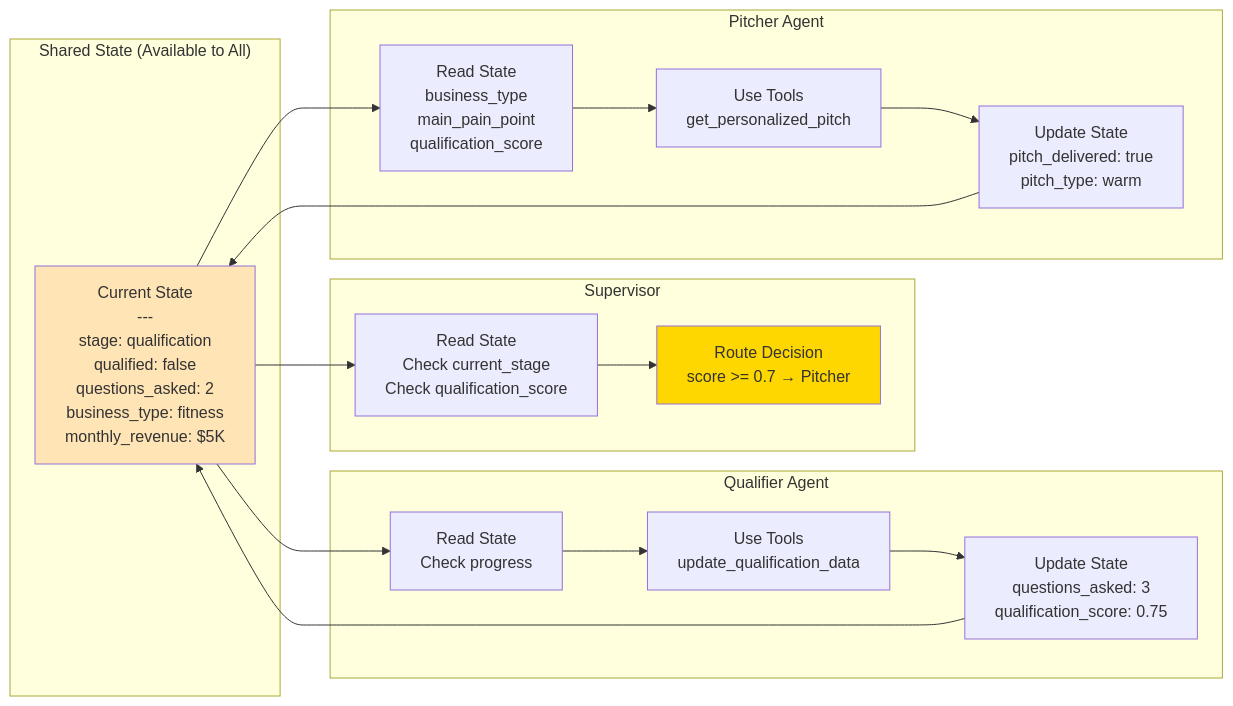
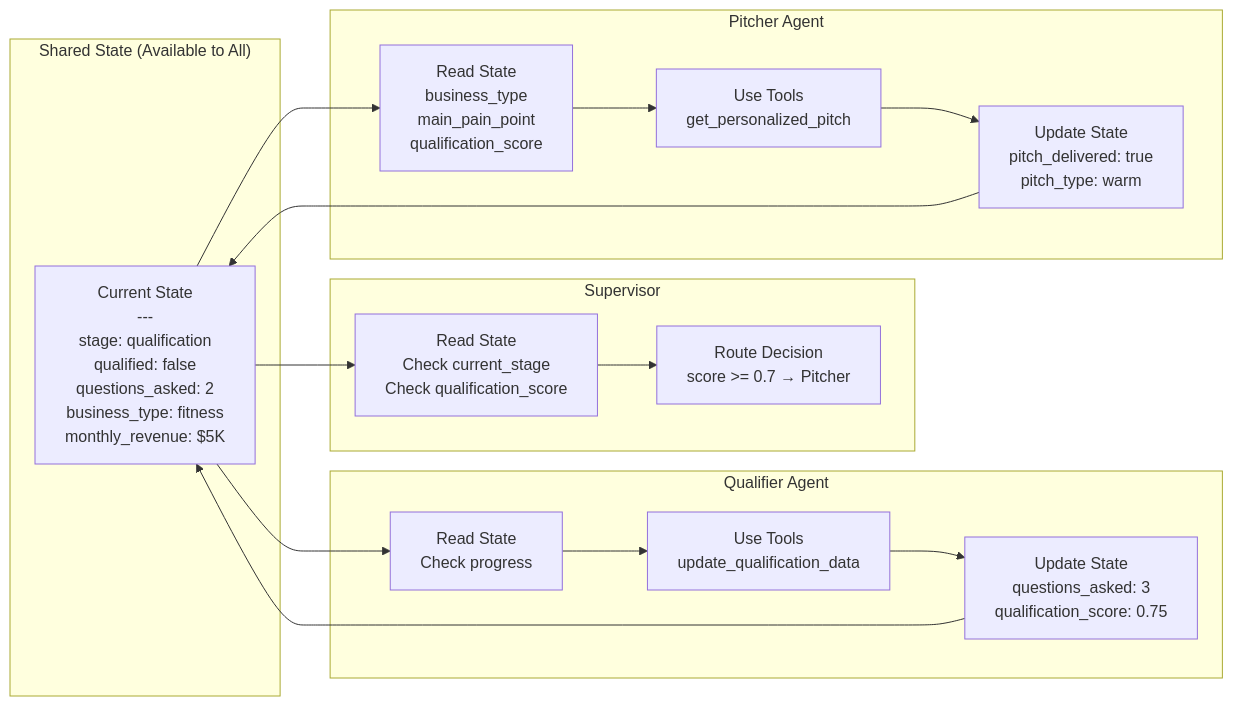
Before and after one commit to blockvoltcr7/langgraph-supervisors: the sixth of 23 diagrams in limitlessos/ARCHITECTURE_DIAGRAMS.md, drawn with Mermaid. The commit also changed other lines of this file and 17 other files, not shown here.

````diff
--- a/limitlessos/ARCHITECTURE_DIAGRAMS.md
+++ b/limitlessos/ARCHITECTURE_DIAGRAMS.md
@@ -285,39 +261,36 @@
 ```mermaid
 graph LR
     subgraph "Shared State (Available to All)"
         STATE[Current State<br/>---<br/>stage: qualification<br/>qualified: false<br/>questions_asked: 2<br/>business_type: fitness<br/>monthly_revenue: $5K]
     end
     
     subgraph "Qualifier Agent"
         QUAL_READ[Read State<br/>Check progress]
         QUAL_TOOL[Use Tools<br/>update_qualification_data]
         QUAL_WRITE[Update State<br/>questions_asked: 3<br/>qualification_score: 0.75]
     end
     
     subgraph "Supervisor"
         SUPER_READ[Read State<br/>Check current_stage<br/>Check qualification_score]
         SUPER_ROUTE[Route Decision<br/>score >= 0.7 → Pitcher]
     end
     
     subgraph "Pitcher Agent"
         PITCH_READ[Read State<br/>business_type<br/>main_pain_point<br/>qualification_score]
         PITCH_TOOL[Use Tools<br/>get_personalized_pitch]
         PITCH_WRITE[Update State<br/>pitch_delivered: true<br/>pitch_type: warm]
     end
     
     STATE --> QUAL_READ
     QUAL_READ --> QUAL_TOOL
     QUAL_TOOL --> QUAL_WRITE
     QUAL_WRITE --> STATE
     
     STATE --> SUPER_READ
     SUPER_READ --> SUPER_ROUTE
     
     STATE --> PITCH_READ
     PITCH_READ --> PITCH_TOOL
     PITCH_TOOL --> PITCH_WRITE
     PITCH_WRITE --> STATE
-    
-    style STATE fill:#FFE4B5
-    style SUPER_ROUTE fill:#FFD700
 ```
````
